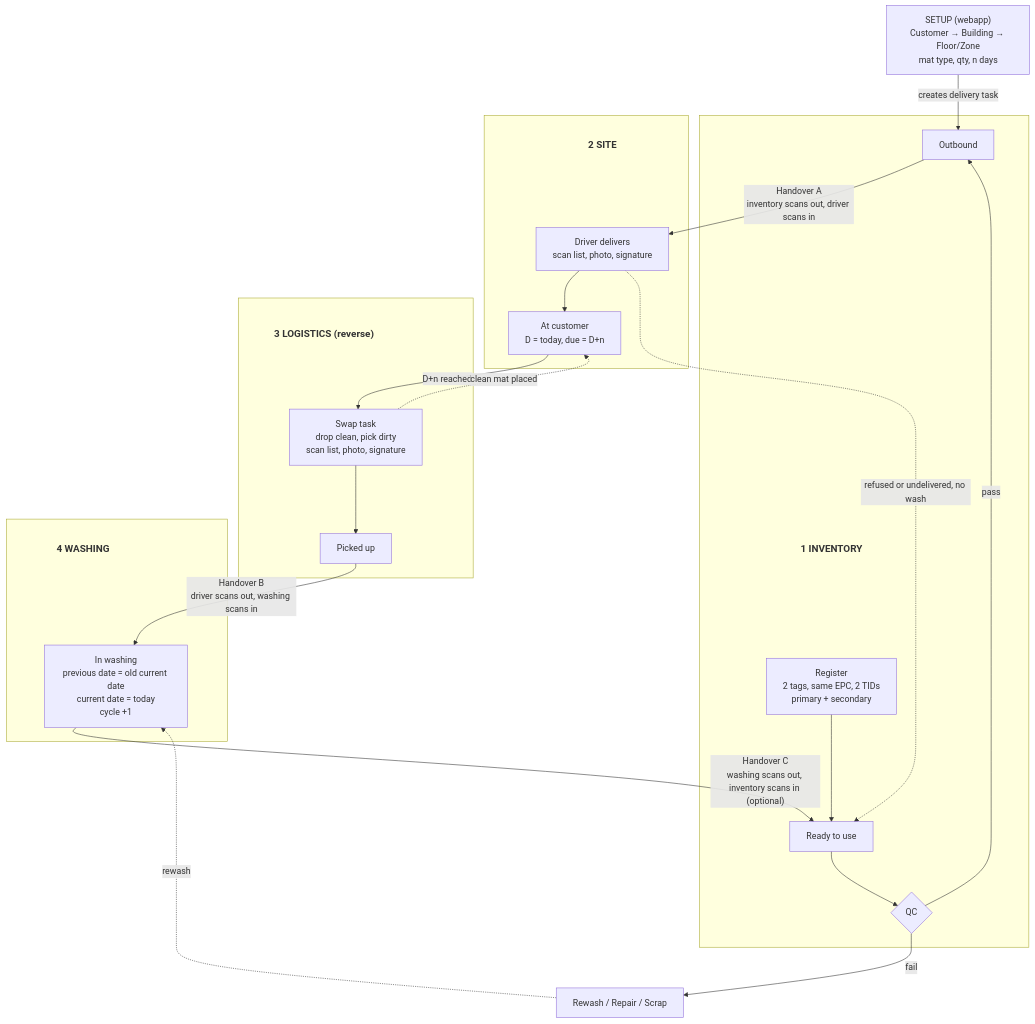
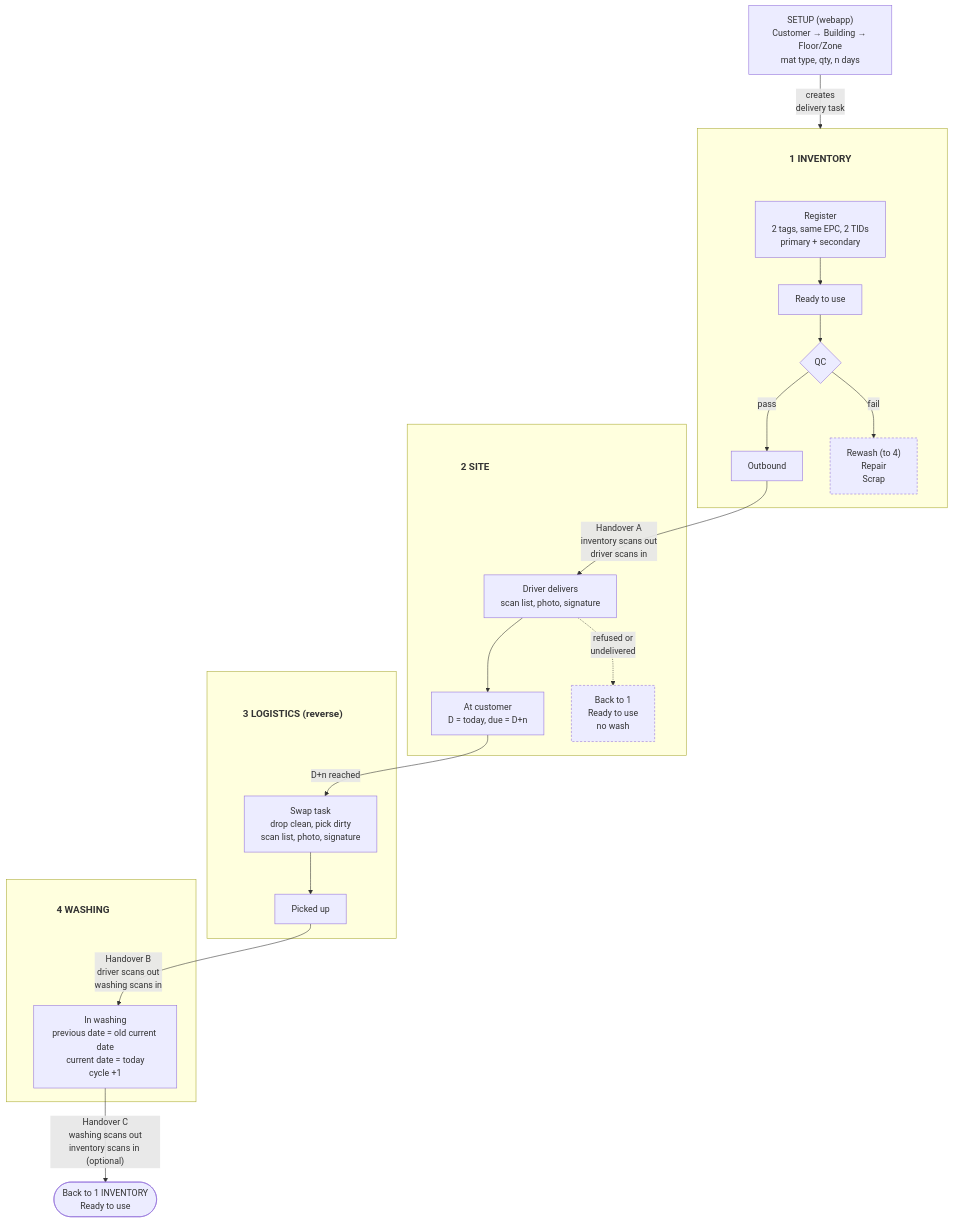
The diagram in FLOW.md (Naveenrawat-max/laundry-poc), drawn with Mermaid before and after one commit. The commit also changed other lines of this file and 3 other files, not shown here.

Commit message:
Make flow diagram single column at 0.1.5.

````diff
--- a/FLOW.md
+++ b/FLOW.md
@@ -12,41 +12,39 @@
 ```mermaid
 flowchart TD
     SETUP["SETUP (webapp)<br/>Customer → Building → Floor/Zone<br/>mat type, qty, n days"]
 
     subgraph INV[" "]
         T1["1 INVENTORY"]:::phase ~~~ REG
         REG["Register<br/>2 tags, same EPC, 2 TIDs<br/>primary + secondary"] --> READY["Ready to use"]
         READY --> QC{"QC"}
         QC -- pass --> OUT["Outbound"]
+        QC -- fail --> FIX["Rewash (to 4)<br/>Repair<br/>Scrap"]:::side
     end
 
     subgraph SITE[" "]
         T2["2 SITE"]:::phase ~~~ DEL
         DEL["Driver delivers<br/>scan list, photo, signature"] --> ATC["At customer<br/>D = today, due = D+n"]
+        DEL -. "refused or<br/>undelivered" .-> REF["Back to 1<br/>Ready to use<br/>no wash"]:::side
     end
 
     subgraph LOG[" "]
         T3["3 LOGISTICS (reverse)"]:::phase ~~~ SWAP
         SWAP["Swap task<br/>drop clean, pick dirty<br/>scan list, photo, signature"] --> PICKED["Picked up"]
     end
 
     subgraph WASH[" "]
         T4["4 WASHING"]:::phase ~~~ INW
         INW["In washing<br/>previous date = old current date<br/>current date = today<br/>cycle +1"]
     end
 
-    FIX["Rewash / Repair / Scrap"]
+    BACK(["Back to 1 INVENTORY<br/>Ready to use"])
 
-    SETUP -- "creates delivery task" --> OUT
-    OUT -- "Handover A<br/>inventory scans out, driver scans in" --> DEL
+    SETUP -- "creates<br/>delivery task" --> INV
+    OUT -- "Handover A<br/>inventory scans out<br/>driver scans in" --> DEL
     ATC -- "D+n reached" --> SWAP
-    SWAP -. "clean mat placed" .-> ATC
-    PICKED -- "Handover B<br/>driver scans out, washing scans in" --> INW
-    INW -- "Handover C<br/>washing scans out, inventory scans in (optional)" --> READY
-
-    QC -- fail --> FIX
-    FIX -. "rewash" .-> INW
-    DEL -. "refused or undelivered, no wash" .-> READY
+    PICKED -- "Handover B<br/>driver scans out<br/>washing scans in" --> INW
+    INW -- "Handover C<br/>washing scans out<br/>inventory scans in (optional)" --> BACK
 
     classDef phase fill:none,stroke:none,font-weight:bold,font-size:18px
+    classDef side stroke-dasharray:4 3
 ```
````
